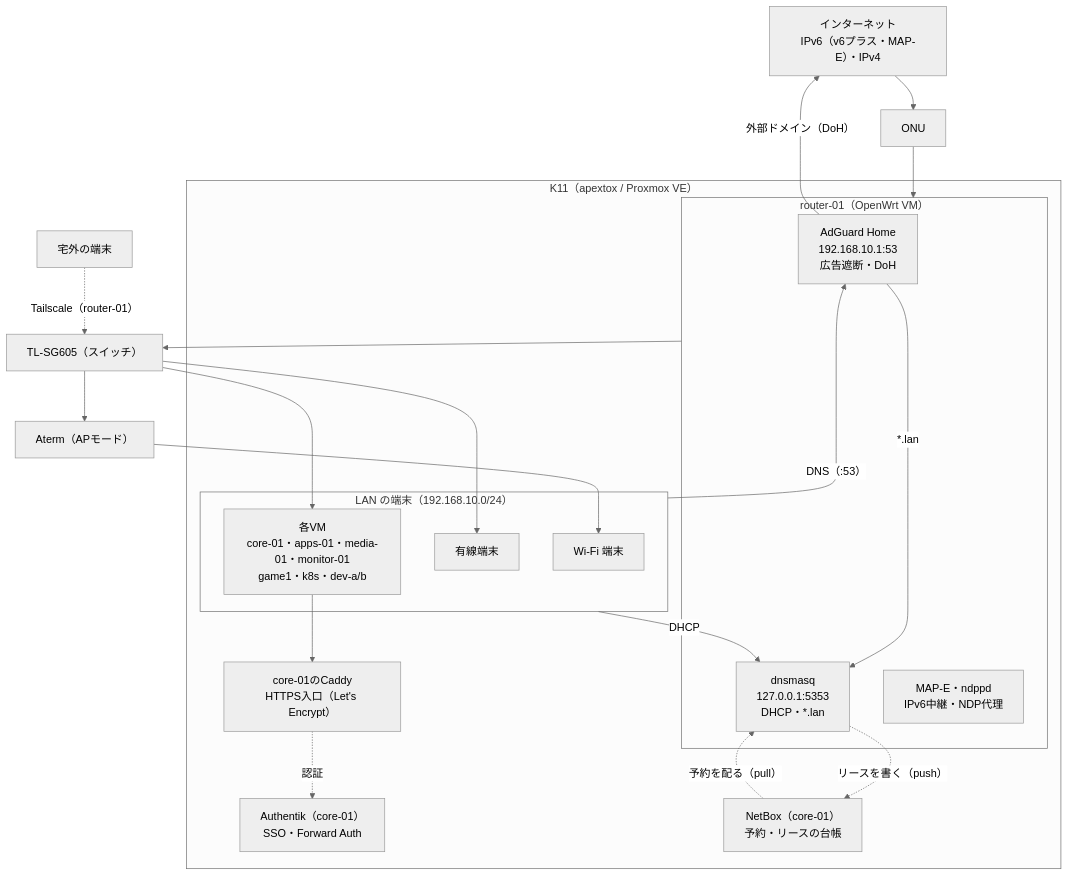
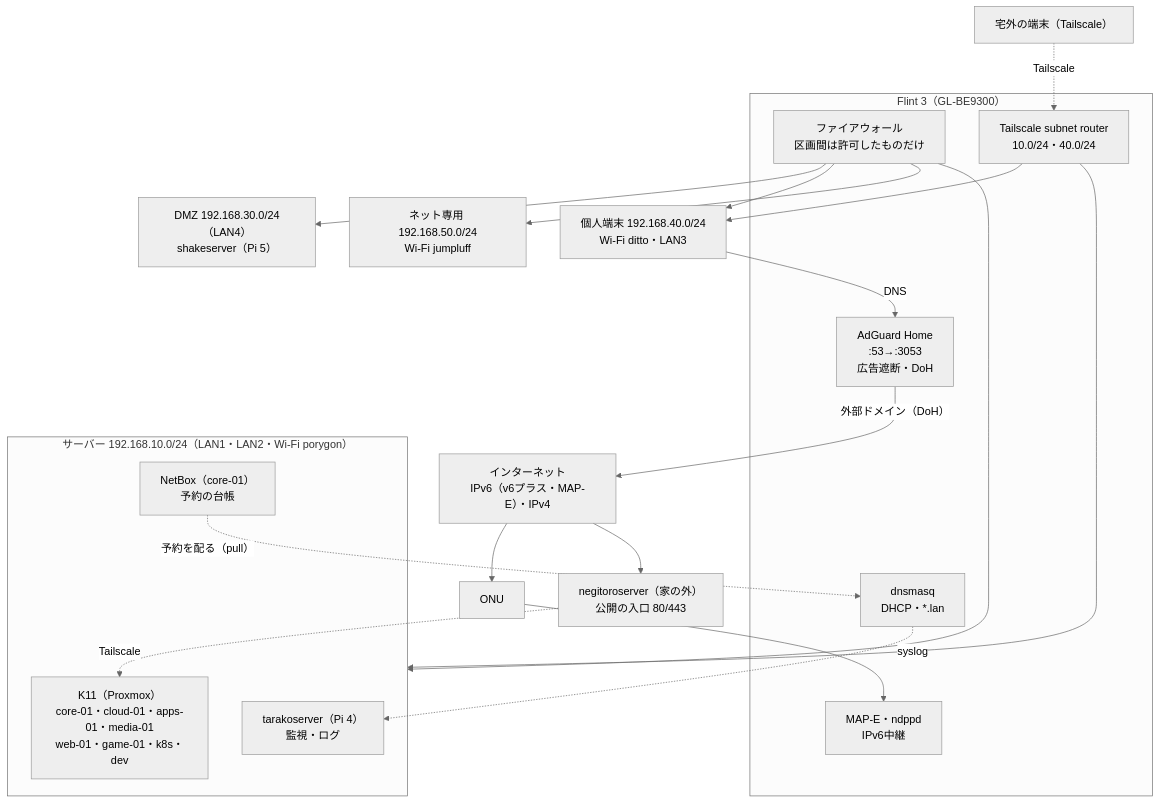
The diagram in docs/architecture/diagrams/network.mmd (rurutheGeek/shake-cloud), drawn with Mermaid (neutral theme) before and after one commit. The commit also changed 26 other files, not shown here.

First line of the commit message:
docs: Flint 3・tarakoserver・DMZ・Loki に合わせて、運用と構成の文書と図を今の構成へ直す

```diff
--- a/docs/architecture/diagrams/network.mmd
+++ b/docs/architecture/diagrams/network.mmd
@@ -1,37 +1,37 @@
 flowchart TB
   internet["インターネット<br/>IPv6（v6プラス・MAP-E）・IPv4"]
   onu["ONU"]
-  remote["宅外の端末"]
+  remote["宅外の端末（Tailscale）"]
+  relay["negitoroserver（家の外）<br/>公開の入口 80/443"]
 
-  subgraph k11["K11（apextox / Proxmox VE）"]
-    subgraph router["router-01（OpenWrt VM）"]
-      adguard["AdGuard Home<br/>192.168.10.1:53<br/>広告遮断・DoH"]
-      dnsmasq["dnsmasq<br/>127.0.0.1:5353<br/>DHCP・*.lan"]
-      mape["MAP-E・ndppd<br/>IPv6中継・NDP代理"]
-    end
-    subgraph lan["LAN の端末（192.168.10.0/24）"]
-      wifi["Wi-Fi 端末"]
-      wired["有線端末"]
-      vms["各VM<br/>core-01・apps-01・media-01・monitor-01<br/>game1・k8s・dev-a/b"]
-    end
-    caddy["core-01のCaddy<br/>HTTPS入口（Let's Encrypt）"]
-    authentik["Authentik（core-01）<br/>SSO・Forward Auth"]
-    netbox["NetBox（core-01）<br/>予約・リースの台帳"]
+  subgraph flint["Flint 3（GL-BE9300）"]
+    adguard["AdGuard Home<br/>:53→:3053<br/>広告遮断・DoH"]
+    dnsmasq["dnsmasq<br/>DHCP・*.lan"]
+    mape["MAP-E・ndppd<br/>IPv6中継"]
+    fw["ファイアウォール<br/>区画間は許可したものだけ"]
+    ts["Tailscale subnet router<br/>10.0/24・40.0/24"]
   end
-  switch["TL-SG605（スイッチ）"]
-  aterm["Aterm（APモード）"]
 
-  internet --> onu --> router
-  router --> switch
-  switch --> aterm --> wifi
-  switch --> wired
-  switch --> vms
-  lan -- "DNS（:53）" --> adguard
-  lan -- "DHCP" --> dnsmasq
-  adguard -- "*.lan" --> dnsmasq
+  subgraph server["サーバー 192.168.10.0/24（LAN1・LAN2・Wi-Fi porygon）"]
+    k11["K11（Proxmox）<br/>core-01・cloud-01・apps-01・media-01<br/>web-01・game-01・k8s・dev"]
+    taraco["tarakoserver（Pi 4）<br/>監視・ログ"]
+    netbox["NetBox（core-01）<br/>予約の台帳"]
+  end
+  dmz["DMZ 192.168.30.0/24（LAN4）<br/>shakeserver（Pi 5）"]
+  personal["個人端末 192.168.40.0/24<br/>Wi-Fi ditto・LAN3"]
+  iot["ネット専用 192.168.50.0/24<br/>Wi-Fi jumpluff"]
+
+  internet --> onu --> mape
+  fw --> server
+  fw --> dmz
+  fw --> personal
+  fw --> iot
+  personal -- "DNS" --> adguard
   adguard -- "外部ドメイン（DoH）" --> internet
   netbox -. "予約を配る（pull）" .-> dnsmasq
-  dnsmasq -. "リースを書く（push）" .-> netbox
-  remote -. "Tailscale（router-01）" .-> switch
-  vms --> caddy
-  caddy -. "認証" .-> authentik
+  remote -. "Tailscale" .-> ts
+  ts --> server
+  ts --> personal
+  internet --> relay
+  relay -. "Tailscale" .-> k11
+  dnsmasq -. "syslog" .-> taraco
```
